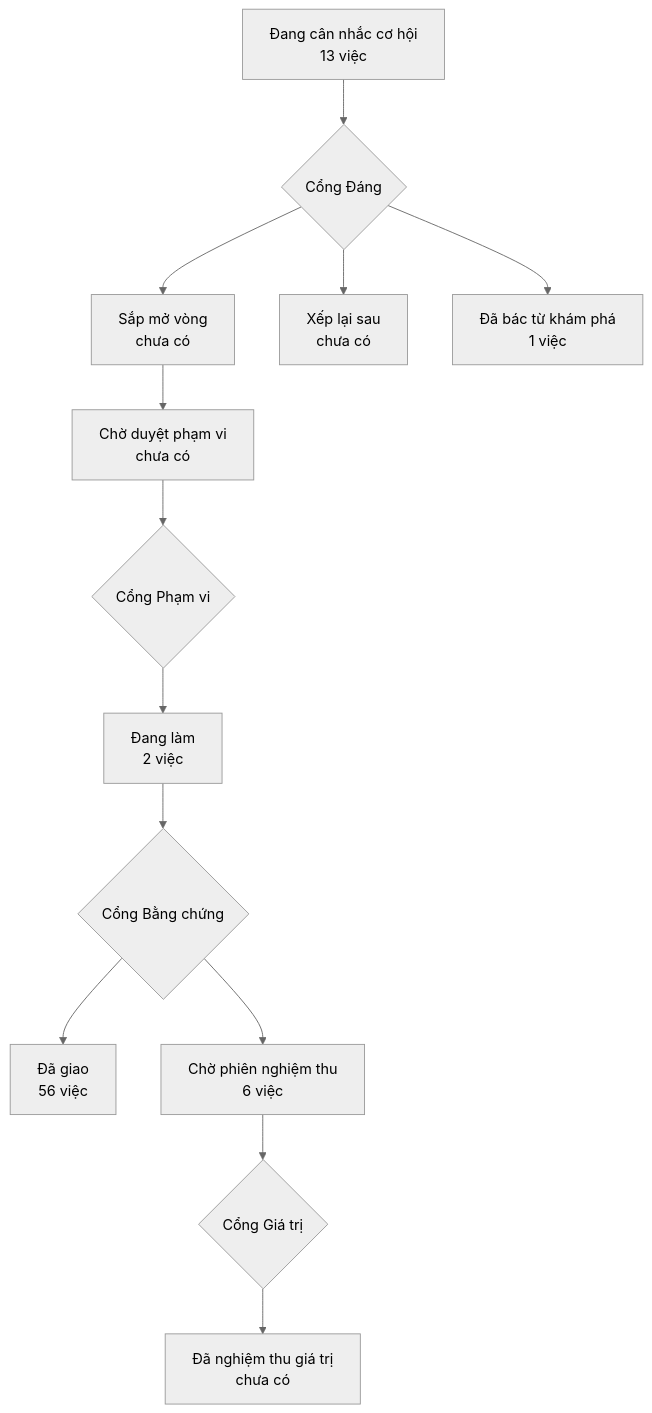
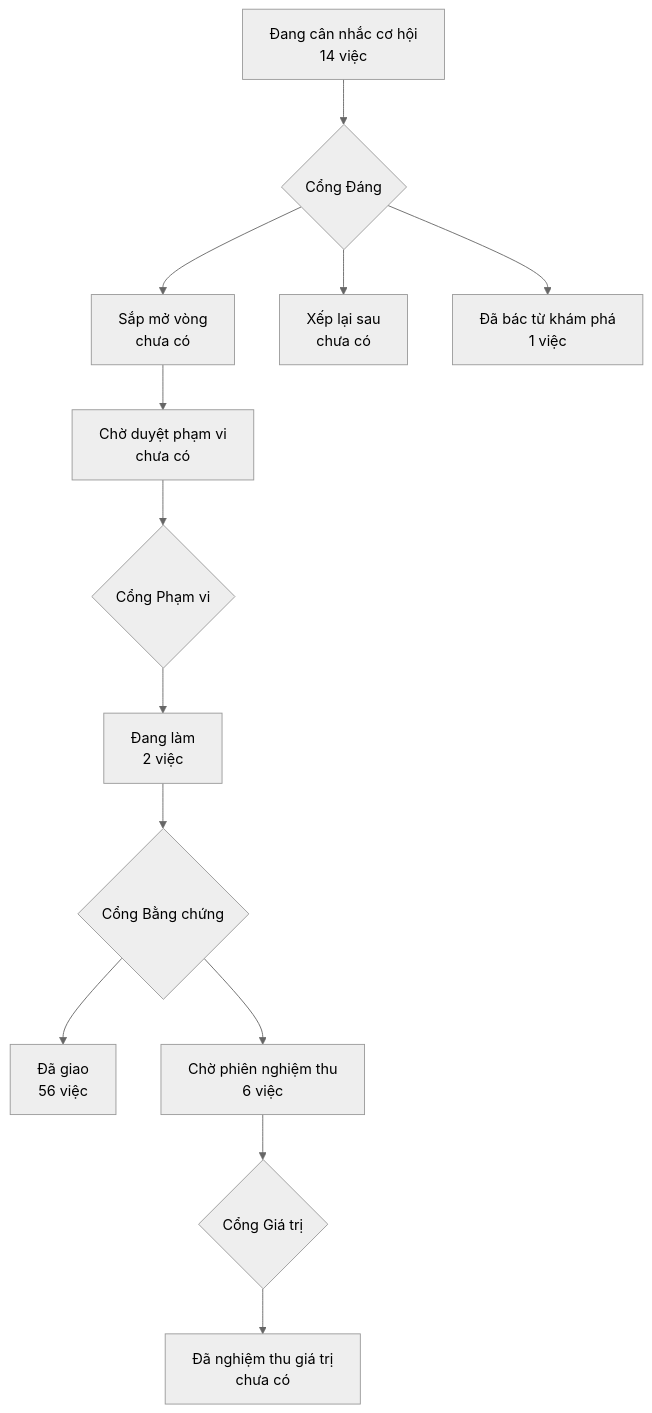
Before and after one commit to phanlemanh/acceptance-gate-kit: the diagram in PRODUCT-MAP.md, drawn with Mermaid (neutral theme). The commit also changed other lines of this file and 2 other files, not shown here.

Commit message:
opp(don-ton-kho-pr): mở ô — danh sách PR phải nói đúng việc đang chạy
Kit chặn chính lượt này bằng luật của nó: «hạt giống không ô». Đúng — một tờ kế
hoạch thả lơ lửng là thứ luật «vào có ô, ra có tên» sinh ra để chặn. Nay hạt
giống có ô.

Ô ghi lại việc đã làm trong đợt: đóng hai PR 21 ngày (một sửa cây song sinh đã
lưu kho, một tự khai là bàn luận), gộp năm PR nhóm rẻ, để lại một cái phải tách
làm lại vì nội dung đã bị vượt qua.

Phát lộ khi làm, ghi vào ô: gộp năm PR liên tiếp làm bản đồ xưởng lệch — mỗi PR
mang bản đồ đúng TẠI LÚC nó gộp, nên từ lượt thứ hai trở đi bản đồ trên main
thiếu hồ sơ mà lượt trước vừa thêm. Cổng từng PR xanh thật, main vẫn đỏ. Cùng họ
với hiệu ứng dây chuyền của mốc ghim bằng chứng.

Ngưỡng: số PR mở ≤ 2, mỗi cái còn lại trả lời được «đang chờ ai, chờ gì».

````diff
--- a/PRODUCT-MAP.md
+++ b/PRODUCT-MAP.md
@@ -6,12 +6,12 @@
 ```mermaid
 flowchart TD
-  A["Đang cân nhắc cơ hội<br/>13 việc"] --> GD{"Cổng Đáng"}
+  A["Đang cân nhắc cơ hội<br/>14 việc"] --> GD{"Cổng Đáng"}
   GD --> B["Sắp mở vòng<br/>chưa có"]
   GD --> XL["Xếp lại sau<br/>chưa có"]
   GD --> DB["Đã bác từ khám phá<br/>1 việc"]
   B --> CD["Chờ duyệt phạm vi<br/>chưa có"] --> GP{"Cổng Phạm vi"}
   GP --> DL["Đang làm<br/>2 việc"] --> GB{"Cổng Bằng chứng"}
   GB --> DG["Đã giao<br/>56 việc"]
   GB --> CN["Chờ phiên nghiệm thu<br/>6 việc"] --> GG{"Cổng Giá trị"}
   GG --> NT["Đã nghiệm thu giá trị<br/>chưa có"]
 ```
````
